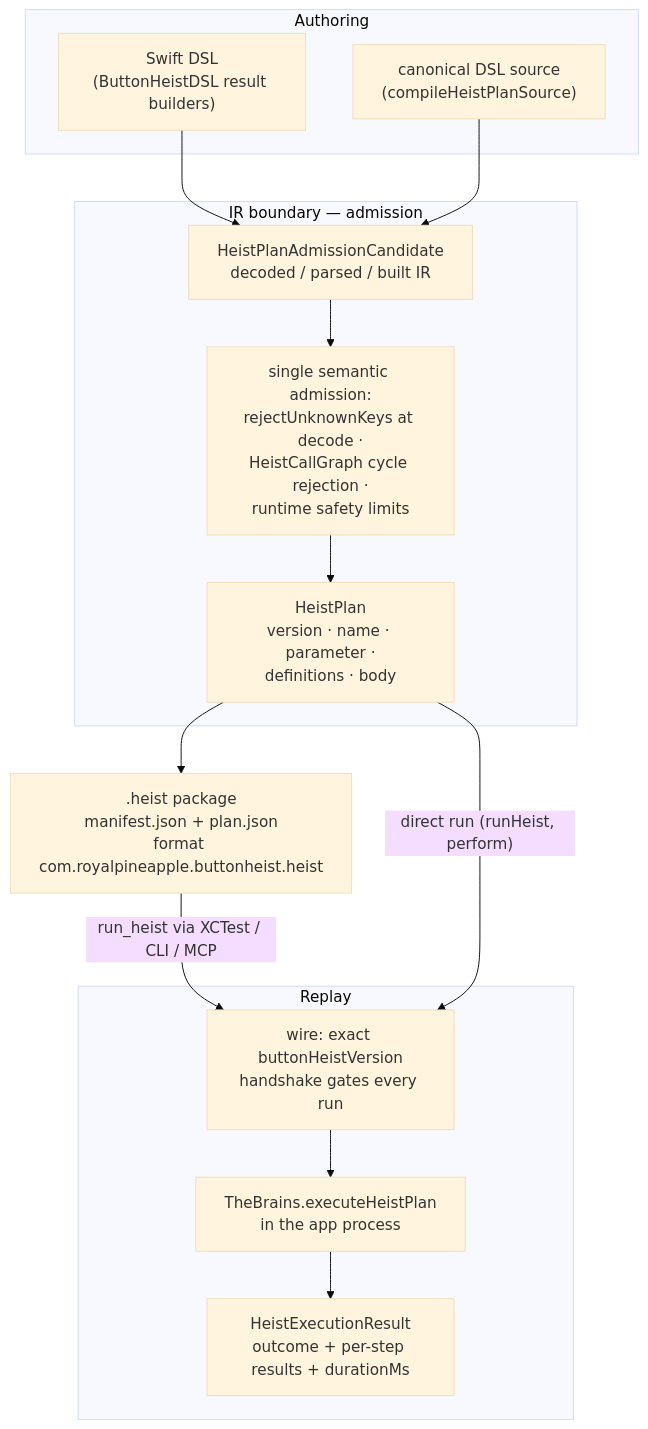
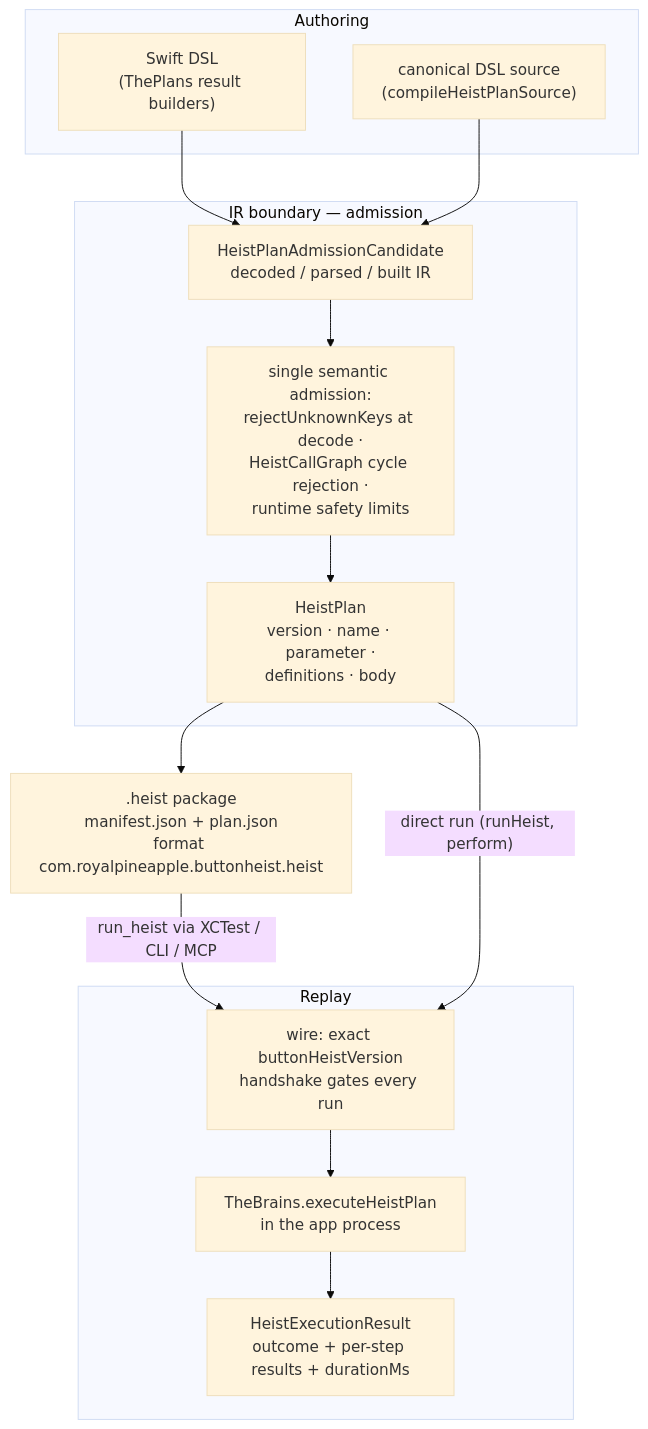
Before and after one commit to RoyalPineapple/TheButtonHeist: the diagram in docs/diagrams/heist-lifecycle.md, drawn with Mermaid (base theme). The commit also changed 29 other files, not shown here.

````diff
--- a/docs/diagrams/heist-lifecycle.md
+++ b/docs/diagrams/heist-lifecycle.md
@@ -8,30 +8,30 @@
 ```mermaid
 flowchart TD
     subgraph author["Authoring"]
-        SWIFT["Swift DSL<br/>(ButtonHeistDSL result builders)"]
+        SWIFT["Swift DSL<br/>(ThePlans result builders)"]
         SOURCE["canonical DSL source<br/>(compileHeistPlanSource)"]
     end
 
     subgraph ir["IR boundary — admission"]
         CANDIDATE["HeistPlanAdmissionCandidate<br/>decoded / parsed / built IR"]
         CHECKS["single semantic admission:<br/>rejectUnknownKeys at decode ·<br/>HeistCallGraph cycle rejection ·<br/>runtime safety limits"]
         PLAN["HeistPlan<br/>version · name · parameter ·<br/>definitions · body"]
         CANDIDATE --> CHECKS --> PLAN
     end
 
     HEIST[".heist package<br/>manifest.json + plan.json<br/>format com.royalpineapple.buttonheist.heist"]
 
     subgraph replay["Replay"]
         GATE["wire: exact buttonHeistVersion<br/>handshake gates every run"]
         BRAINS["TheBrains.executeHeistPlan<br/>in the app process"]
         RECEIPT["HeistExecutionResult<br/>outcome + per-step results + durationMs"]
         GATE --> BRAINS
         BRAINS --> RECEIPT
     end
 
     SWIFT --> CANDIDATE
     SOURCE --> CANDIDATE
     PLAN --> HEIST
     HEIST -- "run_heist via XCTest / CLI / MCP" --> GATE
     PLAN -- "direct run (runHeist, perform)" --> GATE
 ```
````
